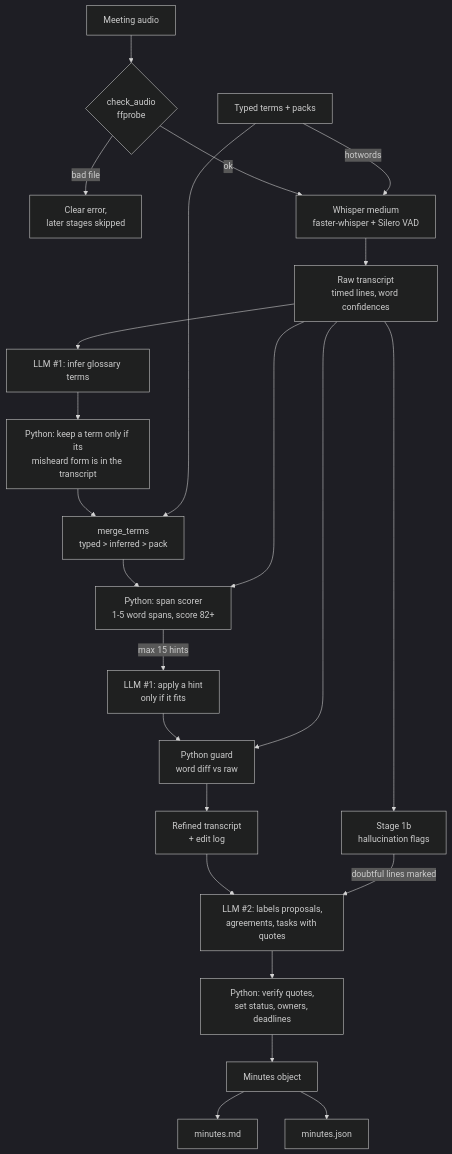
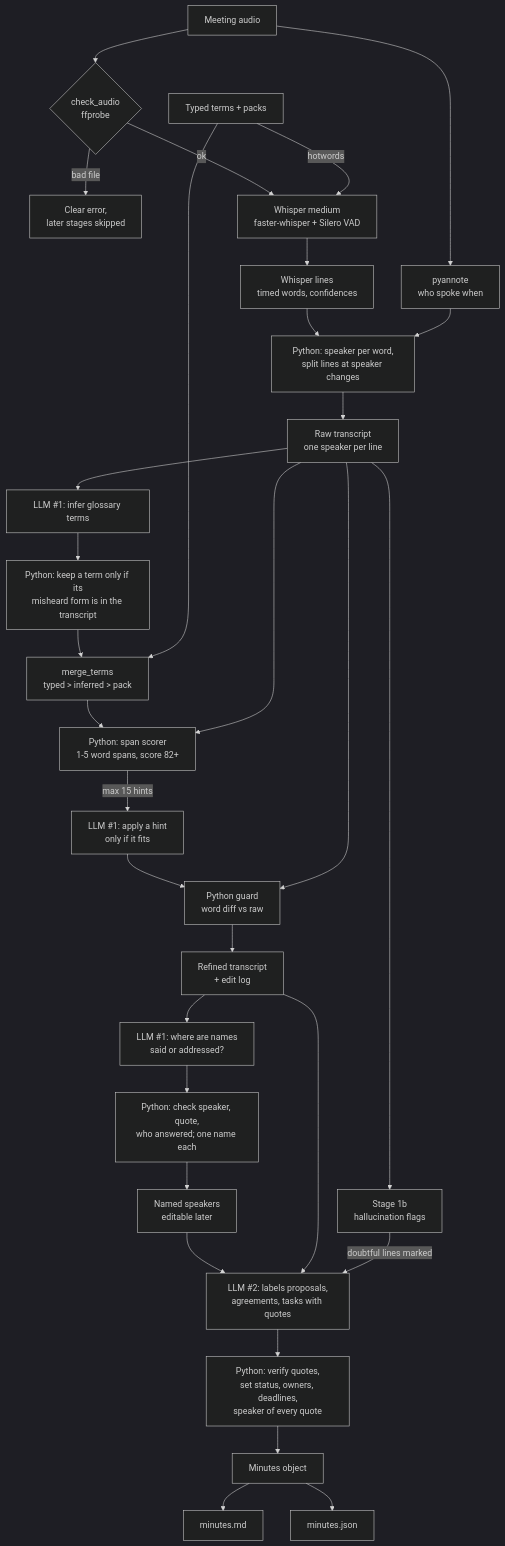
The first of 2 diagrams in README.md (sumedhabhattacharya0711-spec/ML-bootcamp), drawn with Mermaid (dark theme) before and after one commit. The commit also changed other lines of this file and 13 other files, not shown here.

First line of the commit message:
Speaker diarization, speaker names and editable names

````diff
--- a/README.md
+++ b/README.md
@@ -198,25 +208,33 @@
 ```mermaid
 flowchart TB
     A[Meeting audio] --> C{check_audio<br/>ffprobe}
     C -- bad file --> E[Clear error,<br/>later stages skipped]
     C -- ok --> W[Whisper medium<br/>faster-whisper + Silero VAD]
     G0[Typed terms + packs] -->|hotwords| W
-    W --> R[Raw transcript<br/>timed lines, word confidences]
+    W --> R0[Whisper lines<br/>timed words, confidences]
+    A --> D[pyannote<br/>who spoke when]
+    R0 --> SP[Python: speaker per word,<br/>split lines at speaker changes]
+    D --> SP
+    SP --> R[Raw transcript<br/>one speaker per line]
     R --> H[Stage 1b<br/>hallucination flags]
     R --> GI[LLM #1: infer glossary terms]
     GI --> GC[Python: keep a term only if its<br/>misheard form is in the transcript]
     GC --> GM[merge_terms<br/>typed > inferred > pack]
     G0 --> GM
     GM --> S[Python: span scorer<br/>1-5 word spans, score 82+]
     R --> S
     S -->|max 15 hints| L1[LLM #1: apply a hint<br/>only if it fits]
     L1 --> GU[Python guard<br/>word diff vs raw]
     R --> GU
     GU --> RF[Refined transcript<br/>+ edit log]
+    RF --> NL[LLM #1: where are names<br/>said or addressed?]
+    NL --> NC[Python: check speaker, quote,<br/>who answered; one name each]
+    NC --> RF2[Named speakers<br/>editable later]
+    RF2 --> L2
     RF --> L2[LLM #2: labels proposals,<br/>agreements, tasks with quotes]
     H -->|doubtful lines marked| L2
-    L2 --> V[Python: verify quotes,<br/>set status, owners, deadlines]
+    L2 --> V[Python: verify quotes,<br/>set status, owners, deadlines,<br/>speaker of every quote]
     V --> M[Minutes object]
     M --> MD[minutes.md]
     M --> MJ[minutes.json]
 ```
````
